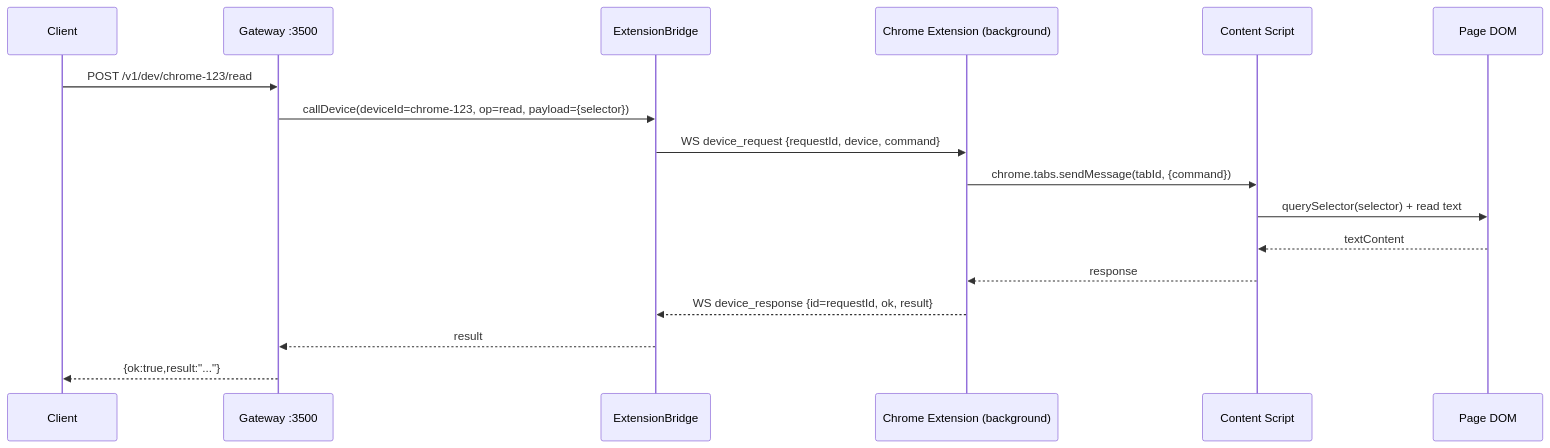
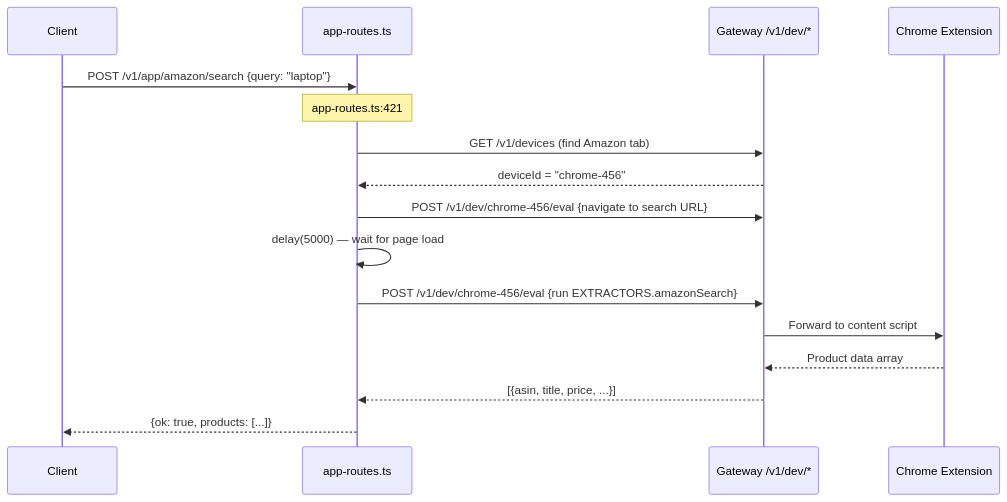
One commit to lorcan35/pingdev changed the fifth of 13 diagrams in docs/ARCHITECTURE.md. Above: the diagram before and after it, drawn with Mermaid. The commit also changed other lines of this file and 28 other files, not shown here.

Commit message:
docs: comprehensive documentation overhaul — API, architecture, guides, install

````diff
--- a/docs/ARCHITECTURE.md
+++ b/docs/ARCHITECTURE.md
@@ -117,20 +161,19 @@
 ```mermaid
 sequenceDiagram
     participant Client
-    participant Gateway as Gateway :3500
-    participant Ext as ExtensionBridge
-    participant WS as Chrome Extension (background)
-    participant CS as Content Script
-    participant DOM as Page DOM
+    participant AppRoute as app-routes.ts
+    participant Gateway as Gateway /v1/dev/*
+    participant Extension as Chrome Extension
 
-    Client->>Gateway: POST /v1/dev/chrome-123/read
-    Gateway->>Ext: callDevice(deviceId=chrome-123, op=read, payload={selector})
-    Ext->>WS: WS device_request {requestId, device, command}
-    WS->>CS: chrome.tabs.sendMessage(tabId, {command})
-    CS->>DOM: querySelector(selector) + read text
-    DOM-->>CS: textContent
-    CS-->>WS: response
-    WS-->>Ext: WS device_response {id=requestId, ok, result}
-    Ext-->>Gateway: result
-    Gateway-->>Client: {ok:true,result:"..."}
+    Client->>AppRoute: POST /v1/app/amazon/search {query: "laptop"}
+    Note over AppRoute: app-routes.ts:421
+    AppRoute->>Gateway: GET /v1/devices (find Amazon tab)
+    Gateway-->>AppRoute: deviceId = "chrome-456"
+    AppRoute->>Gateway: POST /v1/dev/chrome-456/eval {navigate to search URL}
+    AppRoute->>AppRoute: delay(5000) — wait for page load
+    AppRoute->>Gateway: POST /v1/dev/chrome-456/eval {run EXTRACTORS.amazonSearch}
+    Gateway->>Extension: Forward to content script
+    Extension-->>Gateway: Product data array
+    Gateway-->>AppRoute: [{asin, title, price, ...}]
+    AppRoute-->>Client: {ok: true, products: [...]}
 ```
````
